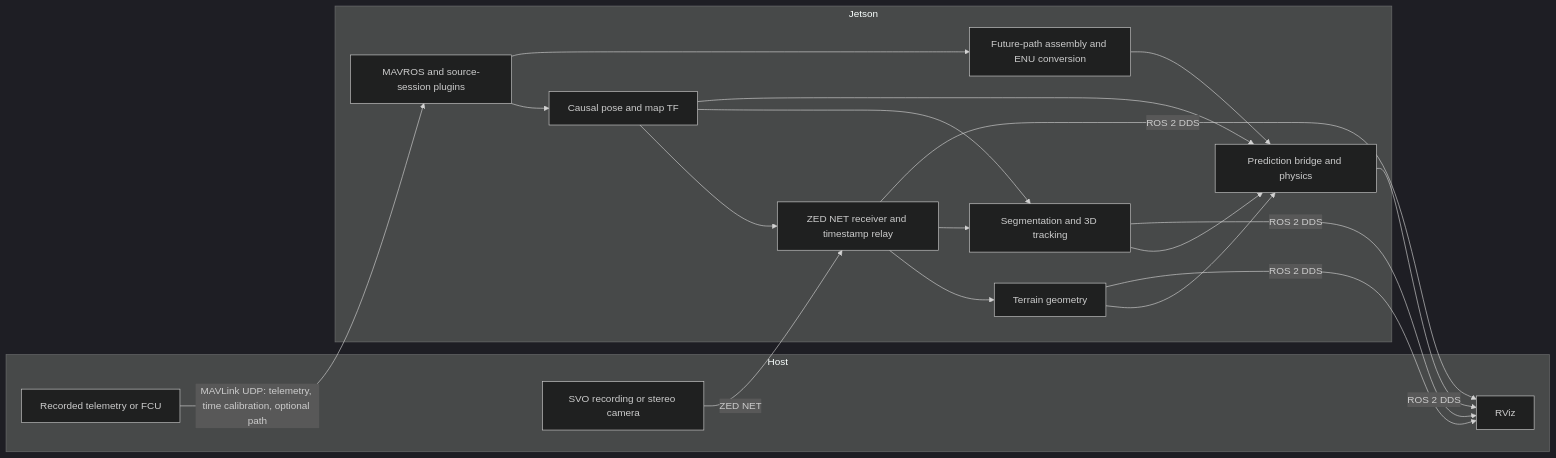
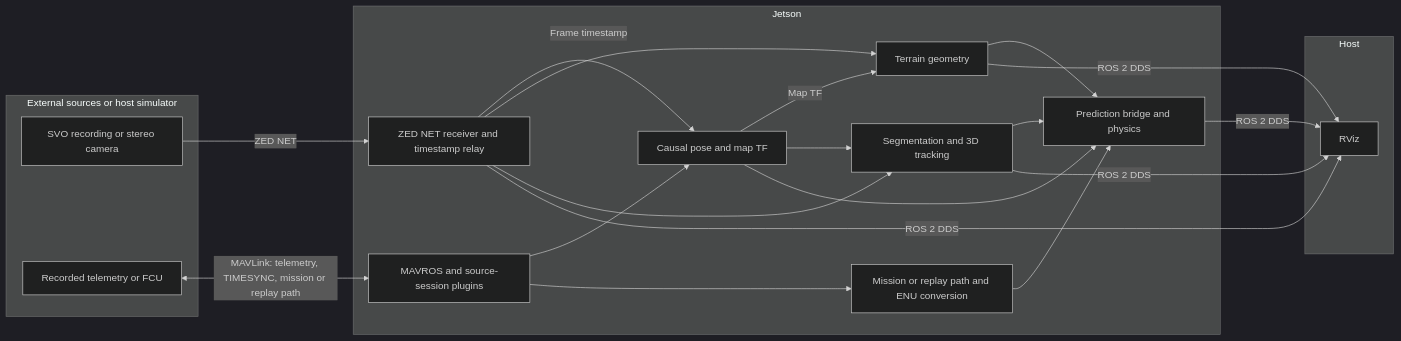
The diagram in README.md (hachitrung024/lr-ros2), drawn with Mermaid (dark theme) before and after one commit. The commit also changed other lines of this file and 34 other files, not shown here.

````diff
--- a/README.md
+++ b/README.md
@@ -9,33 +9,36 @@
 ```mermaid
 flowchart LR
-    subgraph Host
+    subgraph Sources[External sources or host simulator]
         S[SVO recording or stereo camera]
         D[Recorded telemetry or FCU]
+    end
+    subgraph Host
         R[RViz]
     end
     subgraph Jetson
         Z[ZED NET receiver and timestamp relay]
         M[MAVROS and source-session plugins]
         P[Causal pose and map TF]
         T[Terrain geometry]
         G[Segmentation and 3D tracking]
-        F[Future-path assembly and ENU conversion]
+        F[Mission or replay path and ENU conversion]
         B[Prediction bridge and physics]
     end
     S -->|ZED NET| Z
-    D -->|MAVLink UDP: telemetry, time calibration, optional path| M
+    D <-->|MAVLink: telemetry, TIMESYNC, mission or replay path| M
     M --> P
     M --> F
-    P --> Z
+    Z -->|Frame timestamp| P
+    P -->|Map TF| T
     Z --> T
     Z --> G
     P --> G
     F --> B
     T --> B
     G --> B
     P --> B
     Z -->|ROS 2 DDS| R
     T -->|ROS 2 DDS| R
     G -->|ROS 2 DDS| R
     B -->|ROS 2 DDS| R
 ```
````
